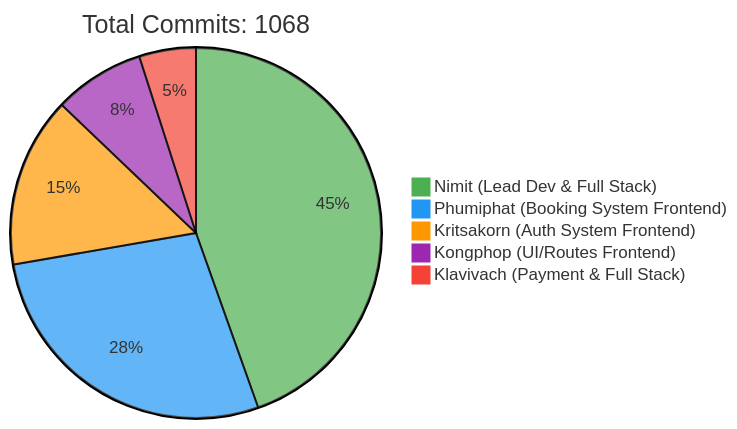
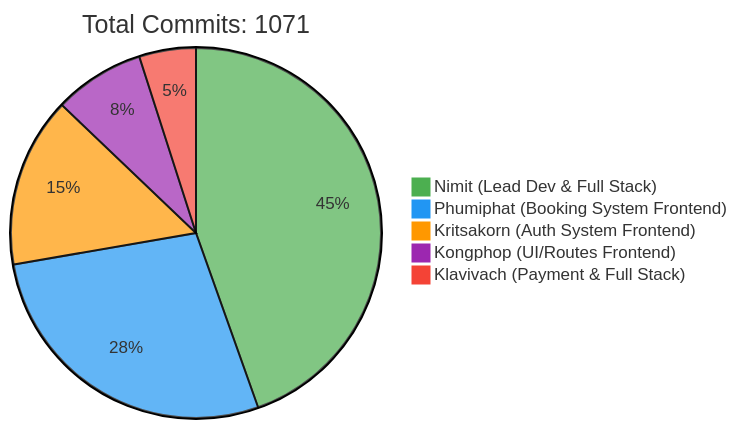
The first of 2 diagrams in README.md (6531503042/Sport-Complex), drawn with Mermaid before and after one commit. The commit also changed other lines of this file, not shown here.

Commit message:
docs: Update contributor statistics [skip ci]

````diff
--- a/README.md
+++ b/README.md
@@ -240,10 +240,10 @@
 ```mermaid
 %%{init: {'theme': 'base', 'themeVariables': { 'pie1': '#4CAF50', 'pie2': '#2196F3', 'pie3': '#FF9800', 'pie4': '#9C27B0', 'pie5': '#F44336'}}}%%
 pie
-    title Total Commits: 1068
+    title Total Commits: 1071
     "Nimit (Lead Dev & Full Stack)" : 450
     "Phumiphat (Booking System Frontend)" : 280
     "Kritsakorn (Auth System Frontend)" : 150
     "Kongphop (UI/Routes Frontend)" : 80
     "Klavivach (Payment & Full Stack)" : 50
 ```
````
